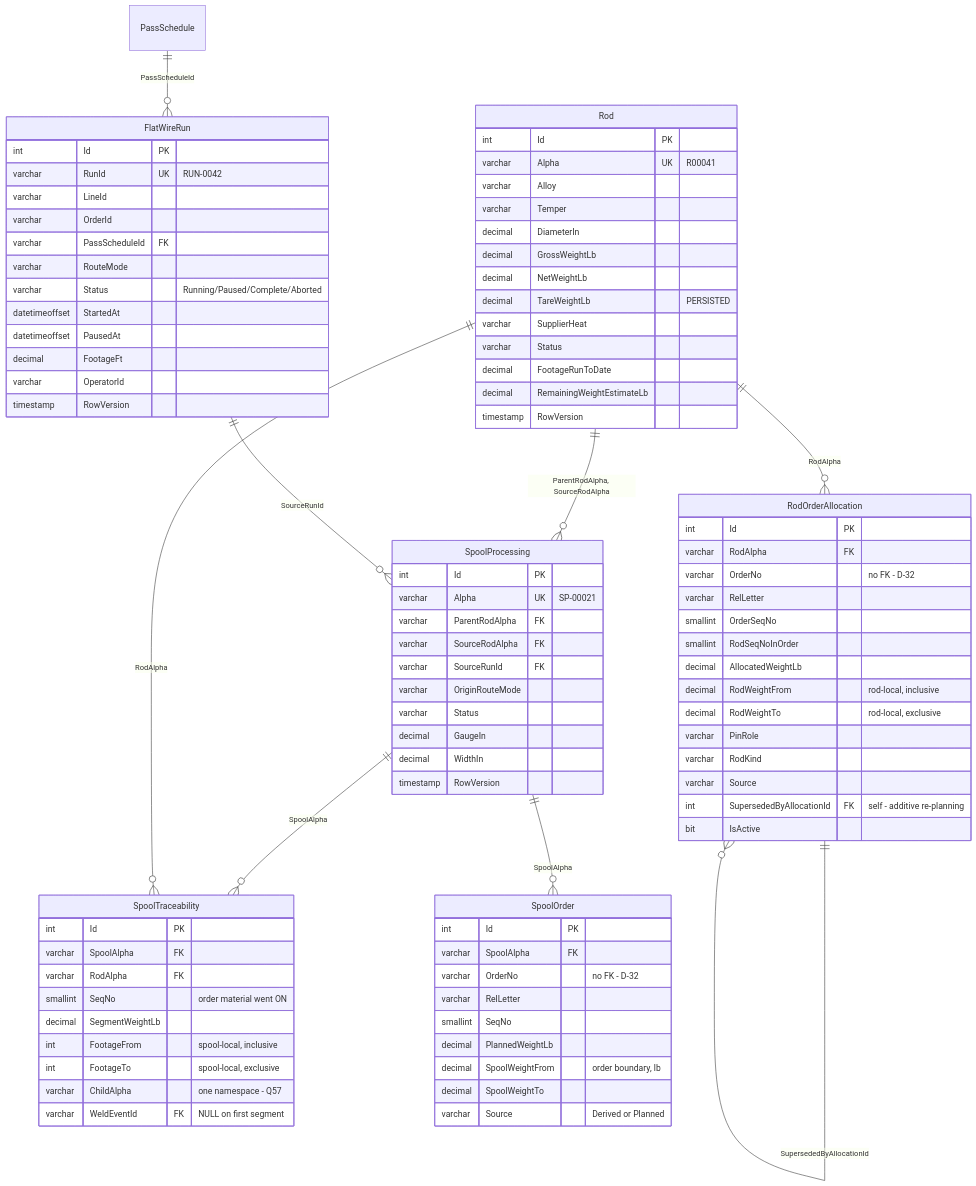
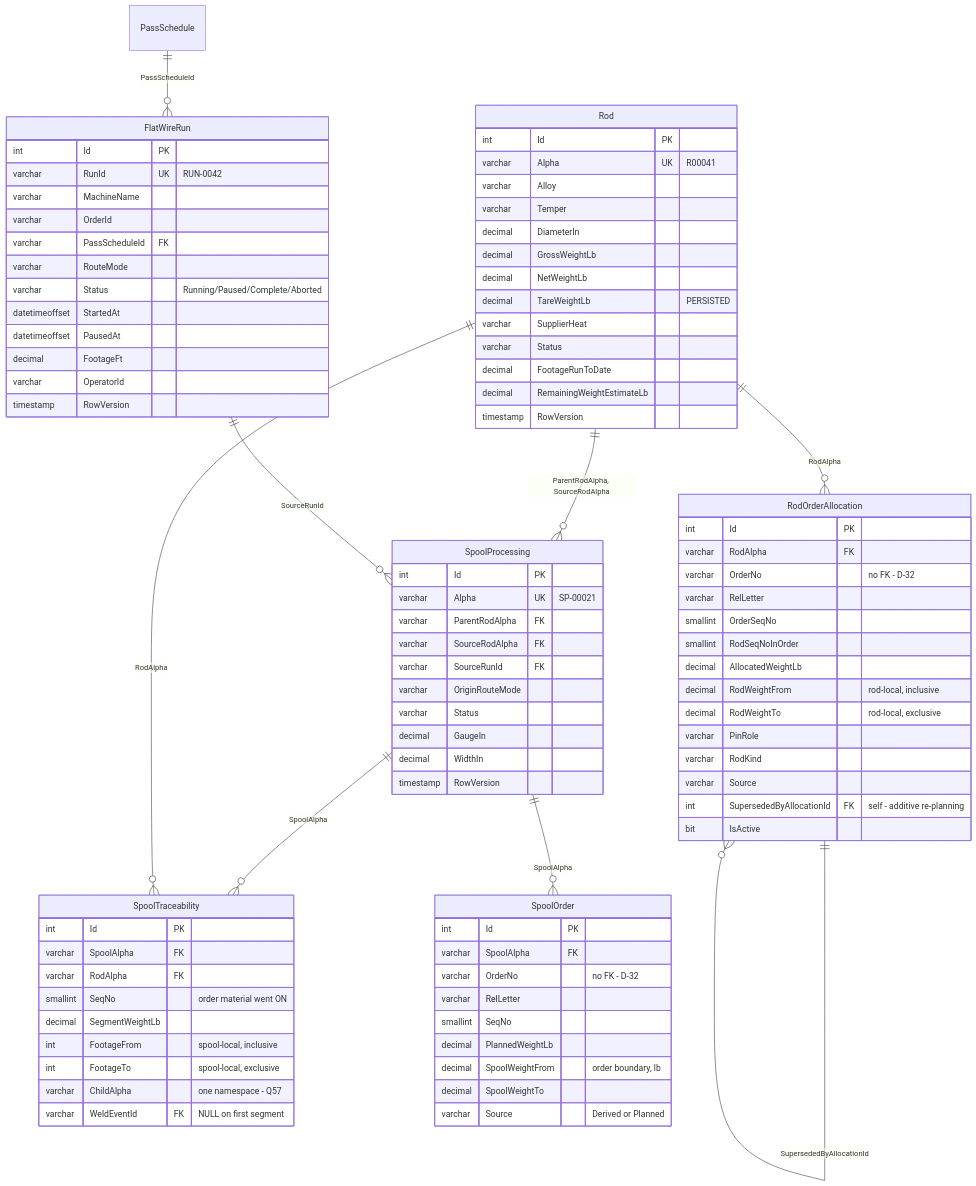
One commit to UnitedAluminum/Flatwire-planning changed the fifth of 7 diagrams in 30-database/DatabaseDesign.md. Above: the diagram before and after it, drawn with Mermaid. The commit also changed other lines of this file and 185 other files, not shown here.

```diff
--- a/30-database/DatabaseDesign.md
+++ b/30-database/DatabaseDesign.md
@@ -856,7 +856,7 @@
     FlatWireRun {
         int Id PK
         varchar RunId UK "RUN-0042"
-        varchar LineId
+        varchar MachineName
         varchar OrderId
         varchar PassScheduleId FK
         varchar RouteMode
```
